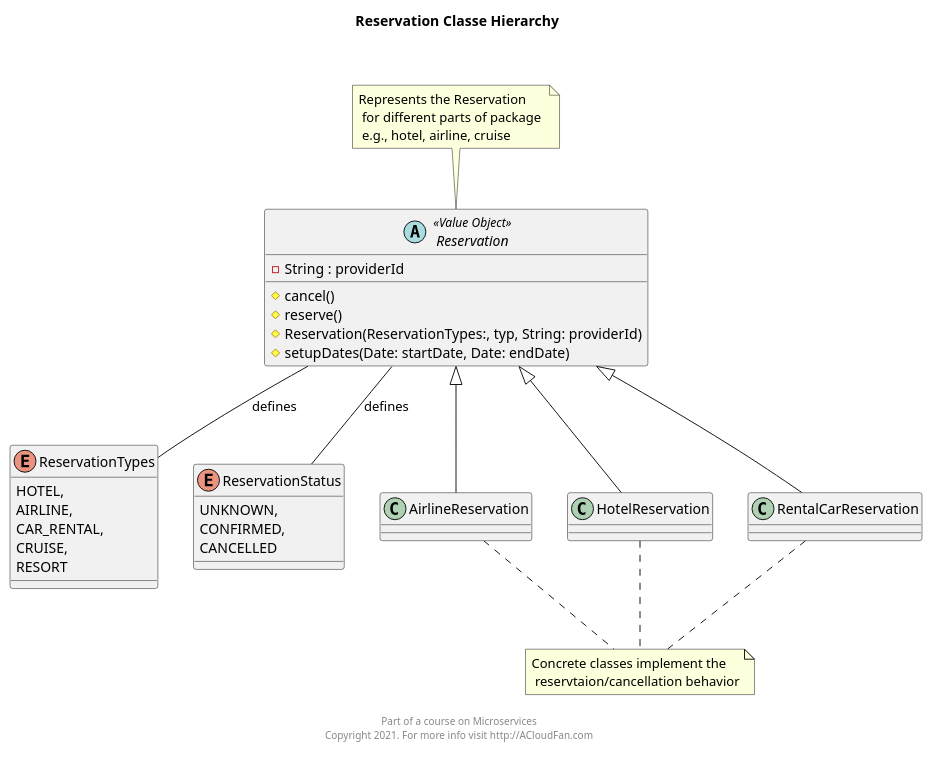
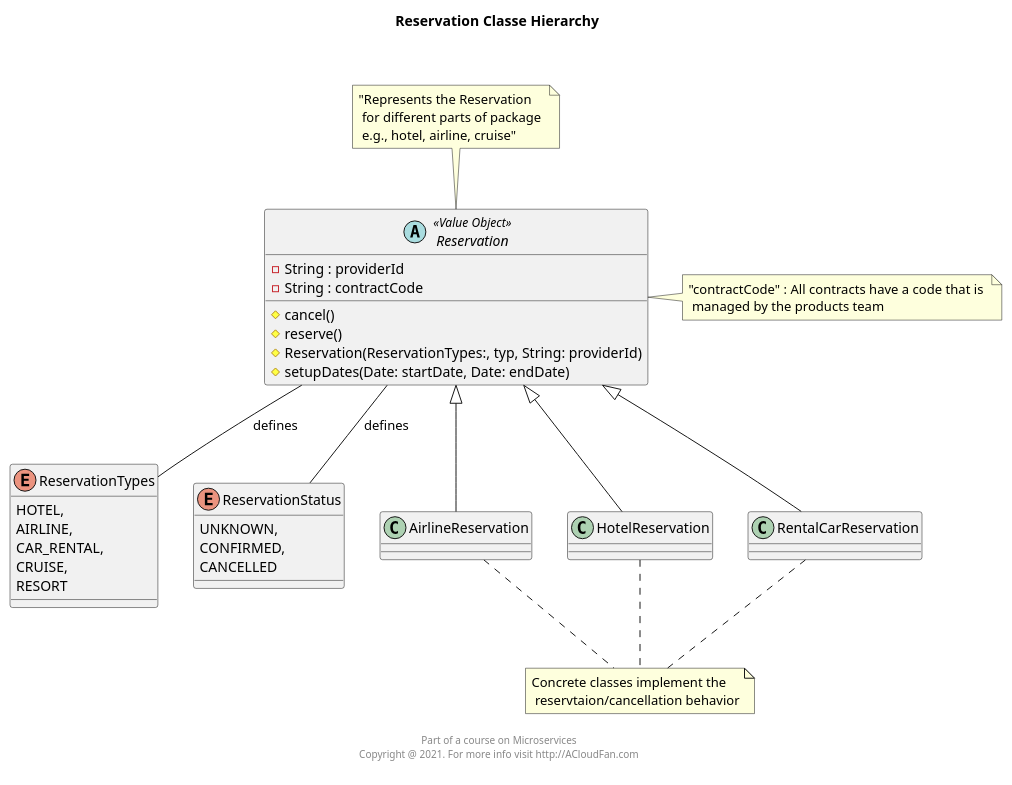
The diagram in uml/reservation.puml (acloudfan/MSFA-ACME-Sales-vdraft), drawn with PlantUML before and after one commit. The commit also changed 19 other files, not shown here.

```diff
--- a/uml/reservation.puml
+++ b/uml/reservation.puml
@@ -1,48 +1,49 @@
 @startuml
 
-note "Represents the Reservation \n for different parts of package \n e.g., hotel, airline, cruise" as N1
+
 abstract class Reservation <<Value Object>> {
     - String : providerId
+    - String : contractCode
     # cancel()
     # reserve()
     # Reservation(ReservationTypes:, typ, String: providerId)
     # setupDates(Date: startDate, Date: endDate)
 }
-
-N1 .. Reservation
-
+note  top of Reservation:"Represents the Reservation \n for different parts of package \n e.g., hotel, airline, cruise"
+note right of Reservation: "contractCode" : All contracts have a code that is \n managed by the products team
 
 enum ReservationTypes {
     HOTEL,
     AIRLINE,
     CAR_RENTAL,
     CRUISE,
     RESORT
 }
 
 enum ReservationStatus {
     UNKNOWN,
     CONFIRMED,
     CANCELLED
 }
 
-note "Concrete classes implement the \n reservtaion/cancellation behavior" as N2
+
 
 'Inheritance relationship
 Reservation <|-- AirlineReservation
+note "Concrete classes implement the \n reservtaion/cancellation behavior" as N2
 AirlineReservation .. N2
 Reservation <|-- HotelReservation
 HotelReservation .. N2
 Reservation <|-- RentalCarReservation
 RentalCarReservation .. N2
 
 
 
 Reservation -- ReservationTypes  : defines
 Reservation -- ReservationStatus  : defines
 
 
 title Reservation Classe Hierarchy \n\n
-footer \n Part of a course on Microservices \n Copyright 2021. For more info visit http://ACloudFan.com \n
+footer \n Part of a course on Microservices \n Copyright @ 2021. For more info visit http://ACloudFan.com \n
 
 @enduml
```
